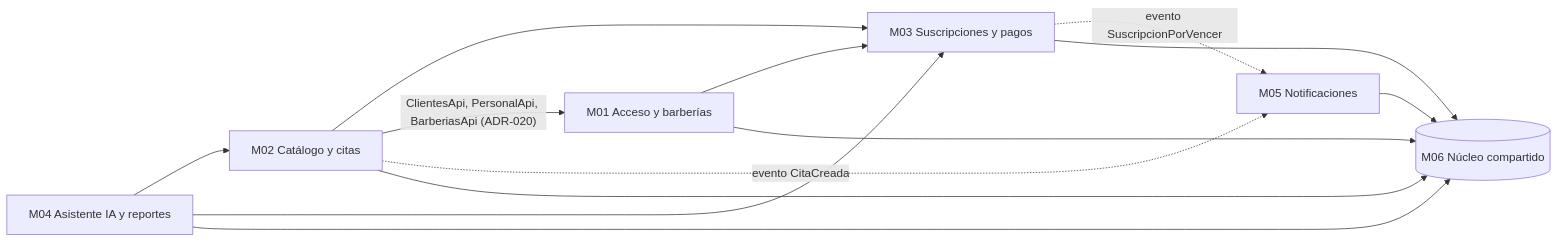
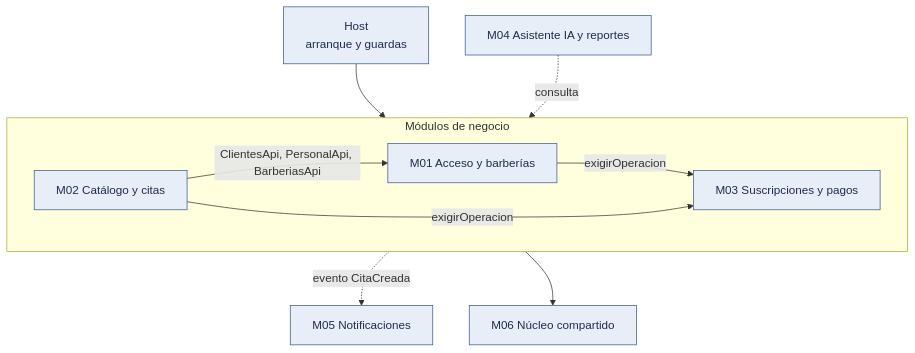
Before and after one commit to semcham/proyecto-final-barberia-ayacucho: the diagram in docs/02-arquitectura-software/estilo-arquitectonico.md, drawn with Mermaid. The commit also changed other lines of this file and 67 other files, not shown here.

Commit message:
docs: documentación y diagramas coherentes con 001, 002, 003 .... 006

````diff
--- a/docs/02-arquitectura-software/estilo-arquitectonico.md
+++ b/docs/02-arquitectura-software/estilo-arquitectonico.md
@@ -58,16 +57,28 @@
 ```mermaid
-flowchart LR
-    M01["M01 Acceso y barberías"] --> M03["M03 Suscripciones y pagos"]
-    M02["M02 Catálogo y citas"] --> M03
-    M02 -- "ClientesApi, PersonalApi, BarberiasApi (ADR-020)" --> M01
-    M04["M04 Asistente IA y reportes"] --> M02
-    M04 --> M03
-    M02 -. "evento CitaCreada" .-> M05["M05 Notificaciones"]
-    M03 -. "evento SuscripcionPorVencer" .-> M05
-    M06[("M06 Núcleo compartido")]
-    M01 --> M06
-    M02 --> M06
-    M03 --> M06
-    M04 --> M06
-    M05 --> M06
+flowchart TB
+    HOST["Host<br/>arranque y guardas"]
+    subgraph IMPL["Módulos de negocio"]
+        direction LR
+        M02["M02 Catálogo y citas"]
+        M01["M01 Acceso y barberías"]
+        M03["M03 Suscripciones y pagos"]
+    end
+    M04["M04 Asistente IA y reportes"]
+    M05["M05 Notificaciones"]
+    M06["M06 Núcleo compartido"]
+    HOST --> IMPL
+    M02 -->|"ClientesApi, PersonalApi, BarberiasApi"| M01
+    M01 -->|"exigirOperacion"| M03
+    M02 -->|"exigirOperacion"| M03
+    M04 -.->|"consulta"| IMPL
+    M02 -.->|"evento CitaCreada"| M05
+    IMPL --> M06
+
+    classDef implementado fill:#e8eef7,stroke:#3b5b8c,color:#1f2d4a
+    classDef planificado fill:#e8eef7,stroke:#3b5b8c,color:#1f2d4a
+    classDef externo fill:#fff3e0,stroke:#ef6c00,color:#e65100
+    classDef datos fill:#e3f2fd,stroke:#1565c0,color:#0d47a1
+    classDef rechazo fill:#ffebee,stroke:#c62828,color:#b71c1c
+    class HOST,M01,M02,M03,M06 implementado
+    class M04,M05 planificado
 ```
````
